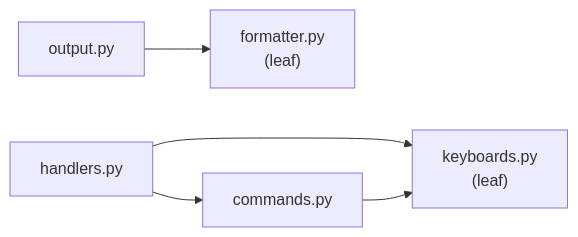
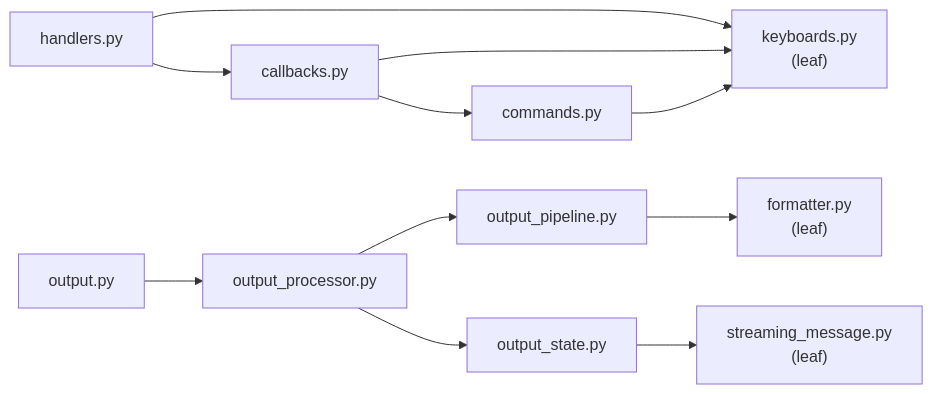
One commit to LounisBou/claude-code-telegram-instances-manager changed the diagram in src/telegram/README.md. Above: the diagram before and after it, drawn with Mermaid. The commit also changed other lines of this file and 29 other files, not shown here.

````diff
--- a/src/telegram/README.md
+++ b/src/telegram/README.md
@@ -17,9 +22,16 @@
 ```mermaid
 graph LR
     keyboards["keyboards.py<br/>(leaf)"]
     formatter["formatter.py<br/>(leaf)"]
     handlers["handlers.py"] --> keyboards
-    handlers --> commands
+    handlers --> callbacks
+    callbacks["callbacks.py"] --> keyboards
+    callbacks --> commands
     commands["commands.py"] --> keyboards
-    output["output.py"] --> formatter
+    output["output.py"] --> output_processor
+    output_processor["output_processor.py"] --> output_pipeline
+    output_processor --> output_state
+    output_pipeline["output_pipeline.py"] --> formatter
+    output_state["output_state.py"] --> streaming_message
+    streaming_message["streaming_message.py<br/>(leaf)"]
 ```
````
